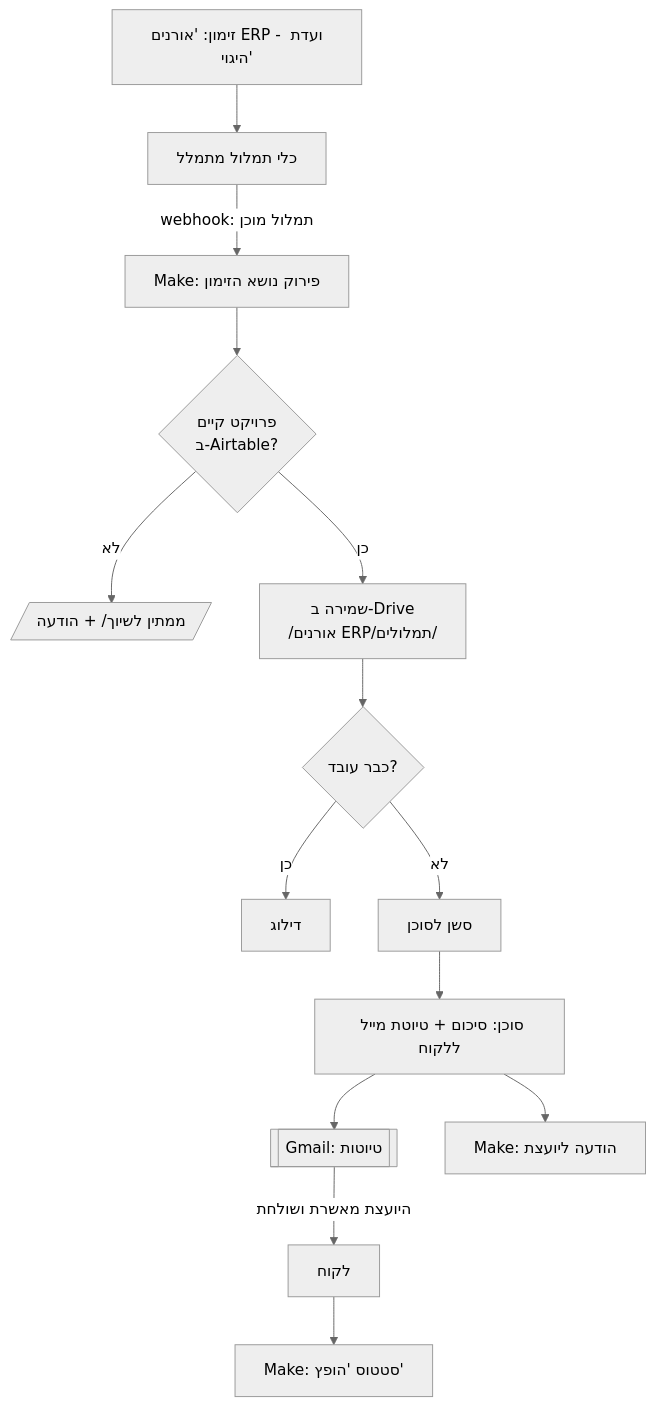
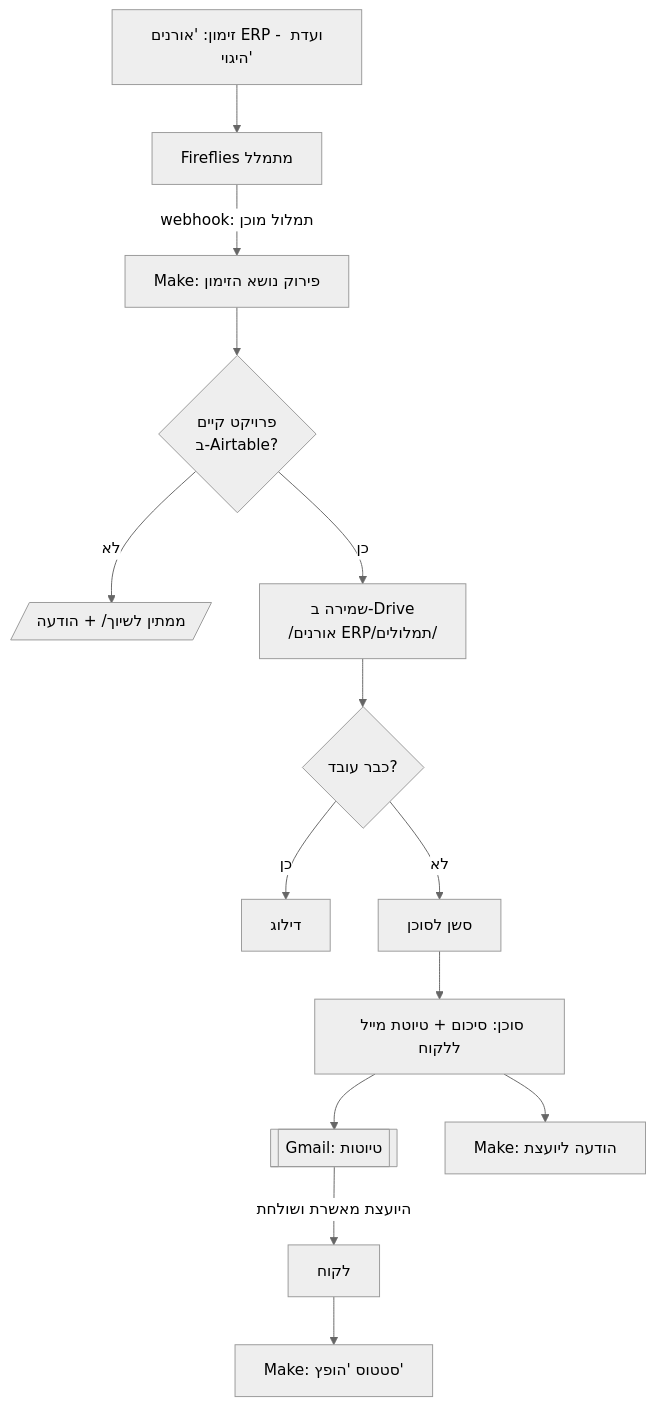
The first of 5 diagrams in SPEC.md (Inbalmrz/meeting-summary-agent), drawn with Mermaid (neutral theme) before and after one commit. The commit also changed other lines of this file and 1 other file, not shown here.

Commit message:
Fireflies only, $0.50 cost cap, project-name extraction without a dash, multi-manager ready

````diff
--- a/SPEC.md
+++ b/SPEC.md
@@ -199,16 +230,16 @@
 ```mermaid
 flowchart TD
-    A["זימון: 'אורנים ERP - ועדת היגוי'"] --> B[כלי תמלול מתמלל]
+    A["זימון: 'אורנים ERP - ועדת היגוי'"] --> B[Fireflies מתמלל]
     B -->|webhook: תמלול מוכן| C[Make: פירוק נושא הזימון]
     C --> D{פרויקט קיים<br/>ב-Airtable?}
     D -->|לא| E[/ממתין לשיוך/ + הודעה/]
     D -->|כן| F[שמירה ב-Drive<br/>/אורנים ERP/תמלולים/]
     F --> G{כבר עובד?}
     G -->|כן| H[דילוג]
     G -->|לא| I[סשן לסוכן]
     I --> J[סוכן: סיכום + טיוטת מייל ללקוח]
     J --> K[[Gmail: טיוטות]]
     J --> L[Make: הודעה ליועצת]
     K -->|היועצת מאשרת ושולחת| M[לקוח]
     M --> N[Make: סטטוס 'הופץ']
 ```
````
